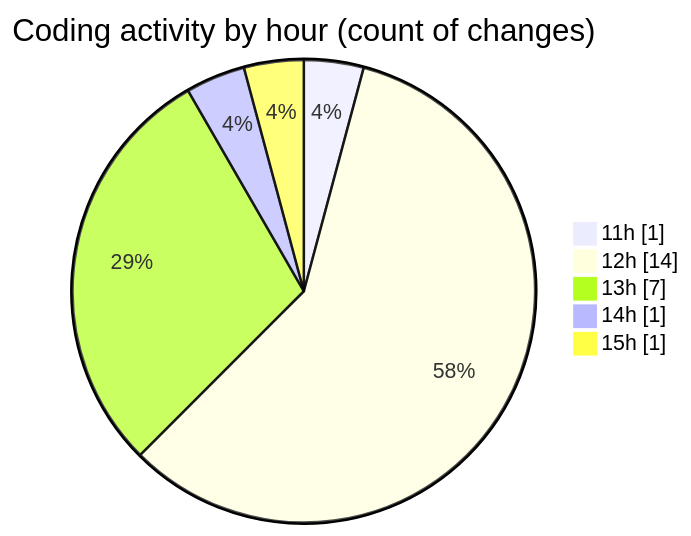
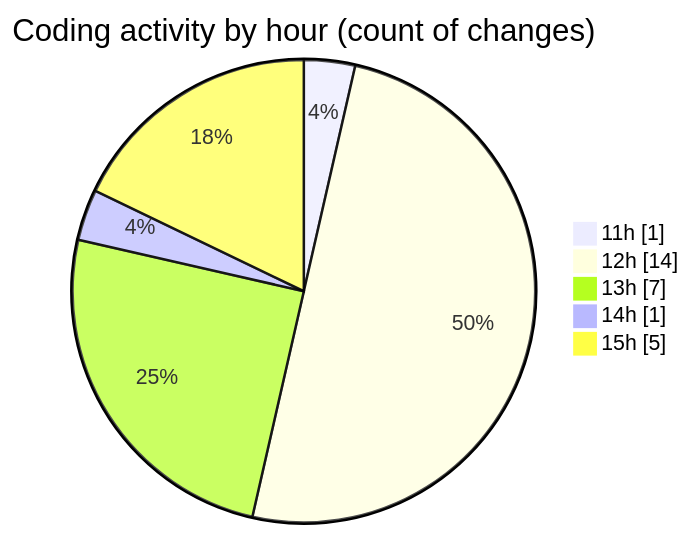
The second of 2 diagrams in 2026-07-13/nxtqube_webapp/README.md (nxtqubesakshisongat/code-tracking), drawn with Mermaid before and after one commit. The commit also changed other lines of this file and 1 other file, not shown here.

````diff
--- a/2026-07-13/nxtqube_webapp/README.md
+++ b/2026-07-13/nxtqube_webapp/README.md
@@ -42,9 +42,9 @@
 ```mermaid
 pie showData
 title Coding activity by hour (count of changes)
 "11h" : 1
 "12h" : 14
 "13h" : 7
 "14h" : 1
-"15h" : 1
+"15h" : 5
 ```
````
